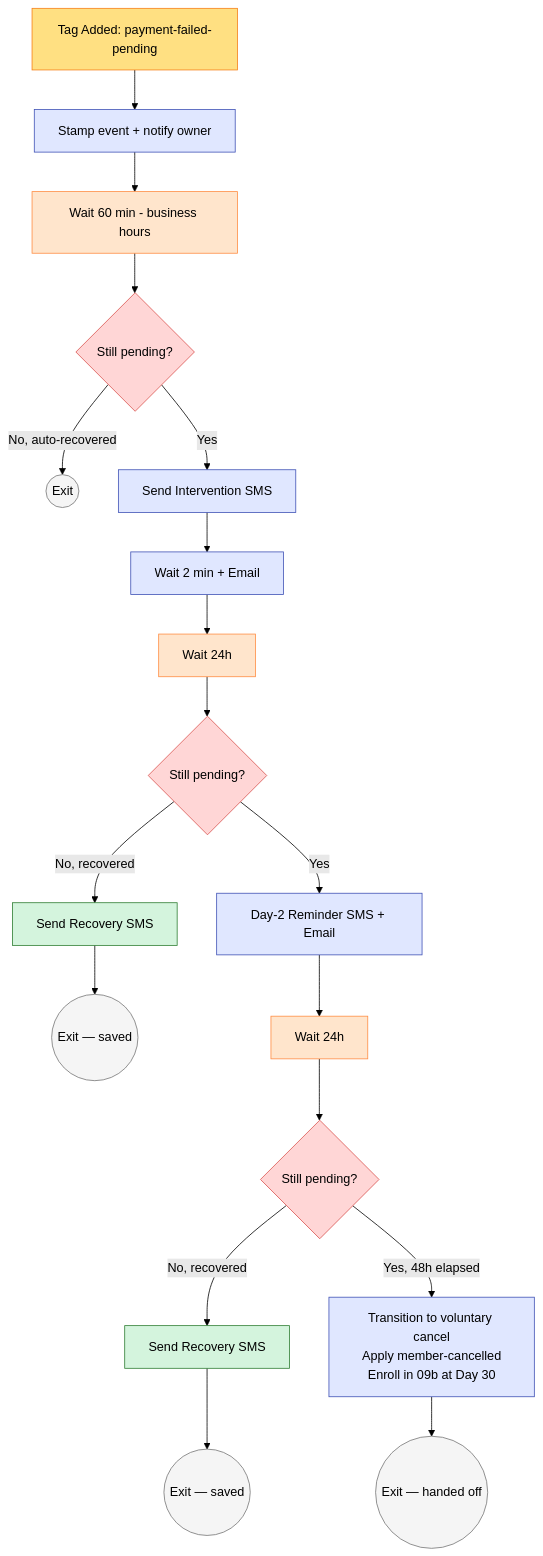
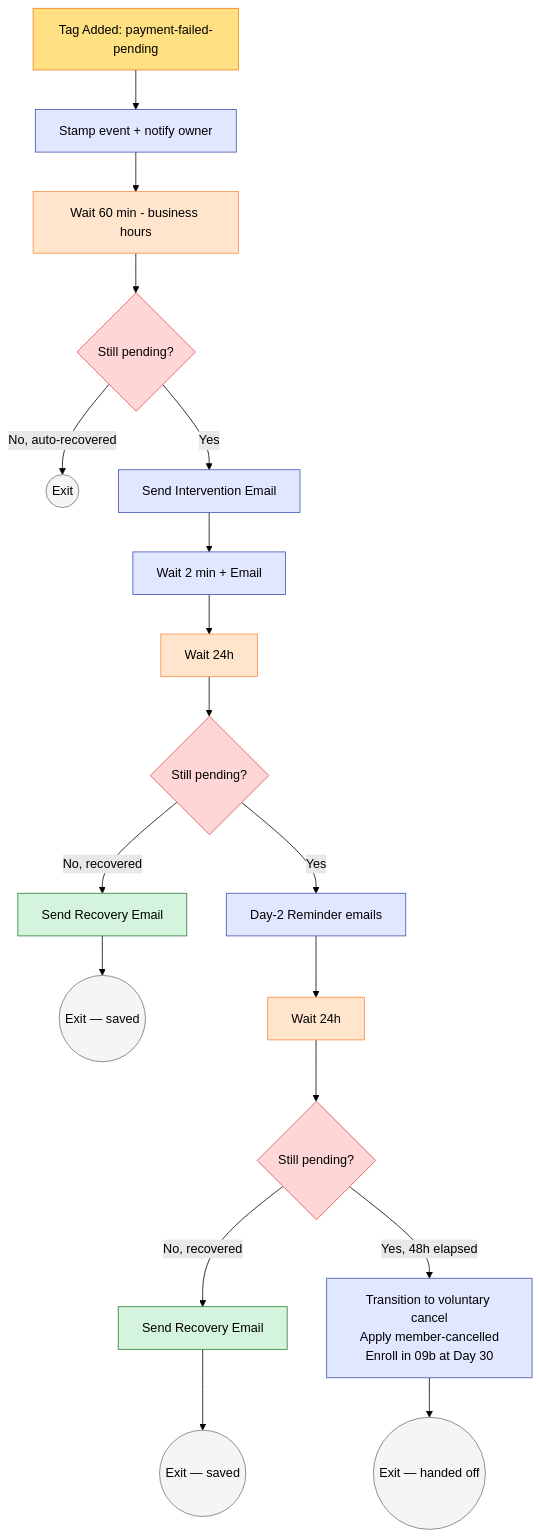
Before and after one commit to safeer-maker/GoHighLevel: the third of 4 diagrams in client-demo/sunrise-wellness-studio/problems/09-win-back-lapsed-members/assets/workflow.md, drawn with Mermaid (forest theme). The commit also changed other lines of this file and 50 other files, not shown here.

````diff
--- a/client-demo/sunrise-wellness-studio/problems/09-win-back-lapsed-members/assets/workflow.md
+++ b/client-demo/sunrise-wellness-studio/problems/09-win-back-lapsed-members/assets/workflow.md
@@ -514,34 +514,34 @@
 ```mermaid
 graph TD
     T[Tag Added: payment-failed-pending] --> A1[Stamp event + notify owner]
     A1 --> W1[Wait 60 min - business hours]
     W1 --> C3{Still pending?}
     C3 -->|No, auto-recovered| EX1((Exit))
-    C3 -->|Yes| A4[Send Intervention SMS]
+    C3 -->|Yes| A4[Send Intervention Email]
     A4 --> A5[Wait 2 min + Email]
     A5 --> W2[Wait 24h]
     W2 --> C6{Still pending?}
-    C6 -->|No, recovered| REC1[Send Recovery SMS]
+    C6 -->|No, recovered| REC1[Send Recovery Email]
     REC1 --> EX2((Exit — saved))
-    C6 -->|Yes| A7[Day-2 Reminder SMS + Email]
+    C6 -->|Yes| A7[Day-2 Reminder emails]
     A7 --> W3[Wait 24h]
     W3 --> C8{Still pending?}
-    C8 -->|No, recovered| REC2[Send Recovery SMS]
+    C8 -->|No, recovered| REC2[Send Recovery Email]
     REC2 --> EX3((Exit — saved))
     C8 -->|Yes, 48h elapsed| A9[Transition to voluntary cancel<br/>Apply member-cancelled<br/>Enroll in 09b at Day 30]
     A9 --> EX4((Exit — handed off))
 
     classDef trigger fill:#FFE082,stroke:#F57F17
     classDef action fill:#E0E7FF,stroke:#3F51B5
     classDef cond fill:#FFD6D6,stroke:#D9534F
     classDef recovery fill:#D4F4DD,stroke:#2E7D32
     classDef wait fill:#FFE5CC,stroke:#FF8C42
     classDef exit fill:#F5F5F5,stroke:#757575
 
     class T trigger
     class A1,A4,A5,A7,A9 action
     class C3,C6,C8 cond
     class REC1,REC2 recovery
     class W1,W2,W3 wait
     class EX1,EX2,EX3,EX4 exit
 ```
````
